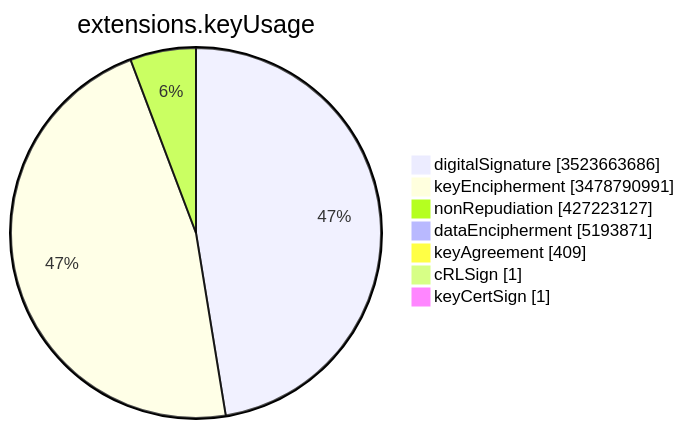
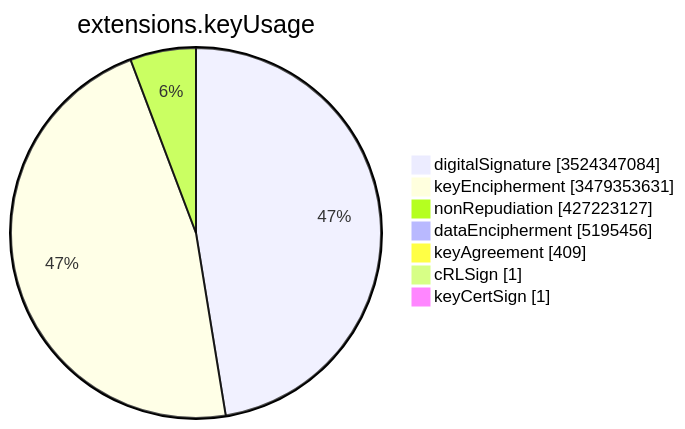
One commit to christiankrug/ctmonitor_visualization changed the sixth of 15 diagrams in TOTAL/README.md. Above: the diagram before and after it, drawn with Mermaid. The commit also changed other lines of this file, not shown here.

````diff
--- a/TOTAL/README.md
+++ b/TOTAL/README.md
@@ -3083,11 +3083,11 @@
 ```mermaid
 pie showData
 title extensions.keyUsage
-"digitalSignature" :3523663686
-"keyEncipherment" :3478790991
+"digitalSignature" :3524347084
+"keyEncipherment" :3479353631
 "nonRepudiation" :427223127
-"dataEncipherment" :5193871
+"dataEncipherment" :5195456
 "keyAgreement" :409
 "cRLSign" :1
 "keyCertSign" :1
 ```
````
